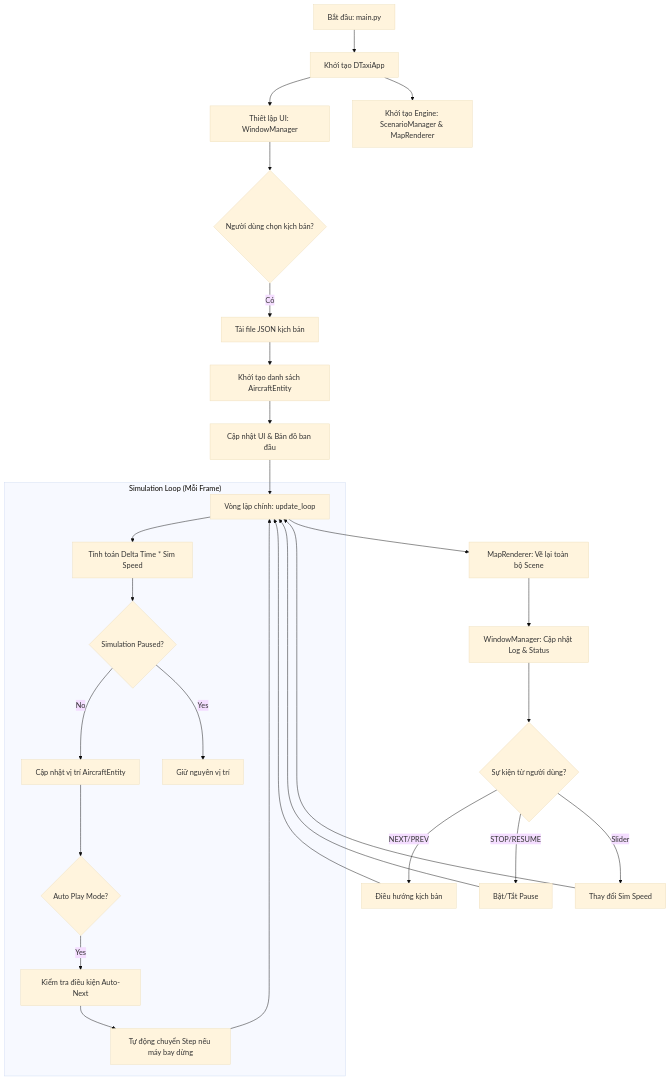
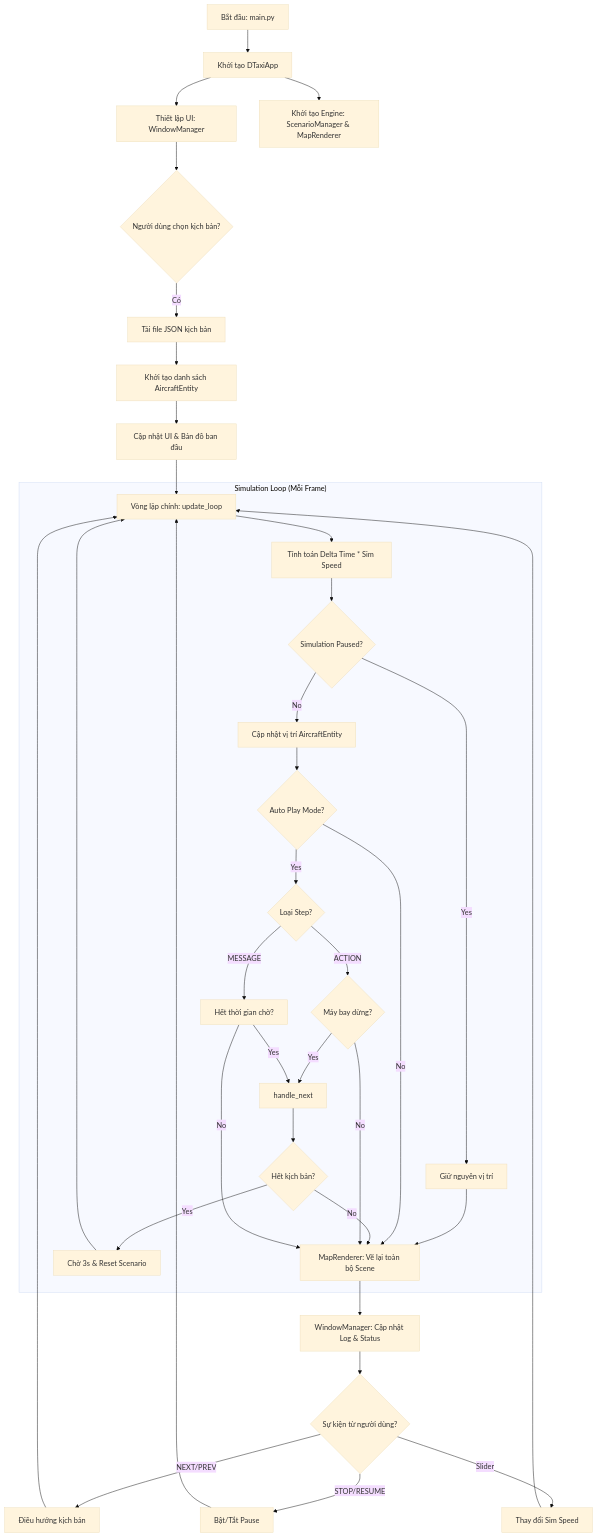
Before and after one commit to nguyenhoclaptrinh/DTaxi-airport-v3-public: the diagram in docs/040-Diagrams/Main_Flow.md, drawn with Mermaid (base theme). The commit also changed 4 other files, not shown here.

Commit message:
Cập nhật tài nguyên và sơ đồ luồng mô phỏng

````diff
--- a/docs/040-Diagrams/Main_Flow.md
+++ b/docs/040-Diagrams/Main_Flow.md
@@ -5,36 +5,49 @@
 ```mermaid
 graph TD
     A[Bắt đầu: main.py] --> B[Khởi tạo DTaxiApp]
     B --> C[Thiết lập UI: WindowManager]
     B --> D[Khởi tạo Engine: ScenarioManager & MapRenderer]
     
     C --> E{Người dùng chọn kịch bản?}
     E -- Có --> F[Tải file JSON kịch bản]
     F --> G[Khởi tạo danh sách AircraftEntity]
     G --> H[Cập nhật UI & Bản đồ ban đầu]
     
     H --> I[Vòng lặp chính: update_loop]
     
     subgraph "Simulation Loop (Mỗi Frame)"
         I --> J[Tính toán Delta Time * Sim Speed]
         J --> K{Simulation Paused?}
         K -- No --> L[Cập nhật vị trí AircraftEntity]
         K -- Yes --> M[Giữ nguyên vị trí]
+        
         L --> N{Auto Play Mode?}
-        N -- Yes --> O[Kiểm tra điều kiện Auto-Next]
-        O --> P[Tự động chuyển Step nếu máy bay dừng]
+        M --> Q
+        N -- No --> Q
+        
+        N -- Yes --> O{Loại Step?}
+        O -- ACTION --> P{Máy bay dừng?}
+        O -- MESSAGE --> PA[Hết thời gian chờ?]
+        
+        P -- Yes --> NEXT[handle_next]
+        PA -- Yes --> NEXT
+        
+        NEXT --> FIN{Hết kịch bản?}
+        FIN -- Yes --> RESET[Chờ 3s & Reset Scenario]
+        FIN -- No --> Q
+        RESET --> I
     end
     
-    I --> Q[MapRenderer: Vẽ lại toàn bộ Scene]
-    Q --> R[WindowManager: Cập nhật Log & Status]
+    Q[MapRenderer: Vẽ lại toàn bộ Scene] --> R[WindowManager: Cập nhật Log & Status]
     
     R --> S{Sự kiện từ người dùng?}
     S -- NEXT/PREV --> T[Điều hướng kịch bản]
     S -- STOP/RESUME --> U[Bật/Tắt Pause]
     S -- Slider --> V[Thay đổi Sim Speed]
     
     T --> I
     U --> I
     V --> I
-    P --> I
+    P -- No --> Q
+    PA -- No --> Q
 ```
````
